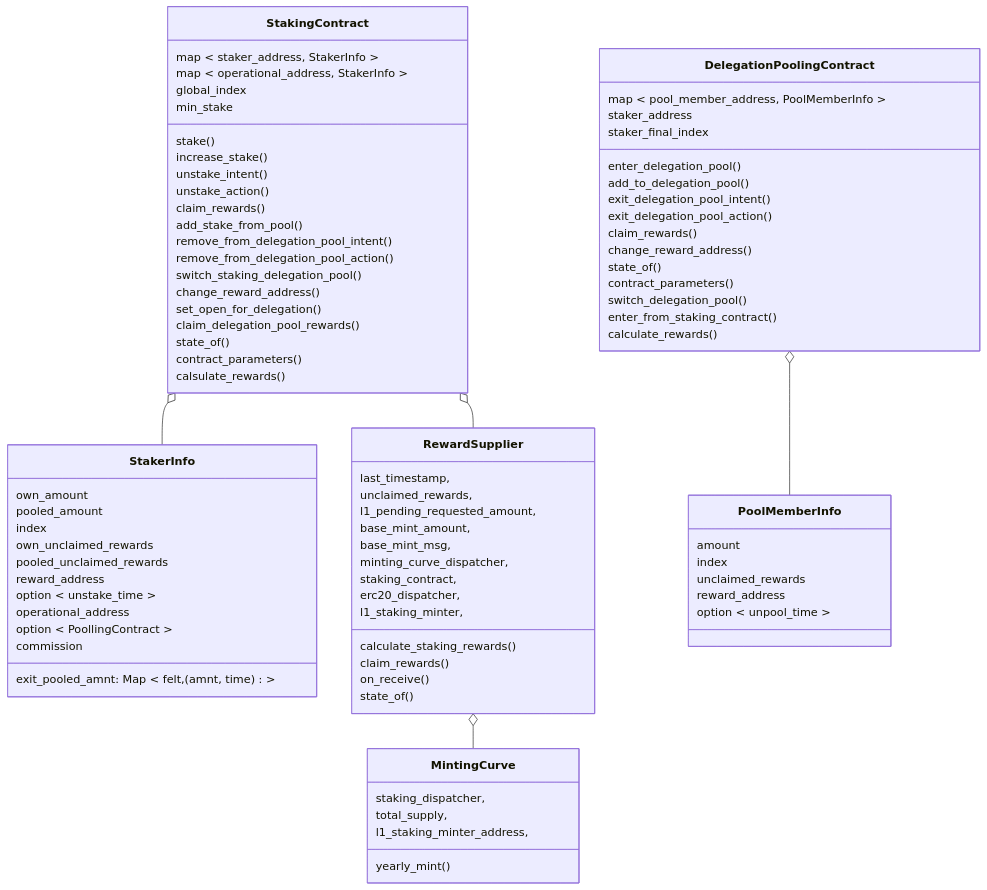
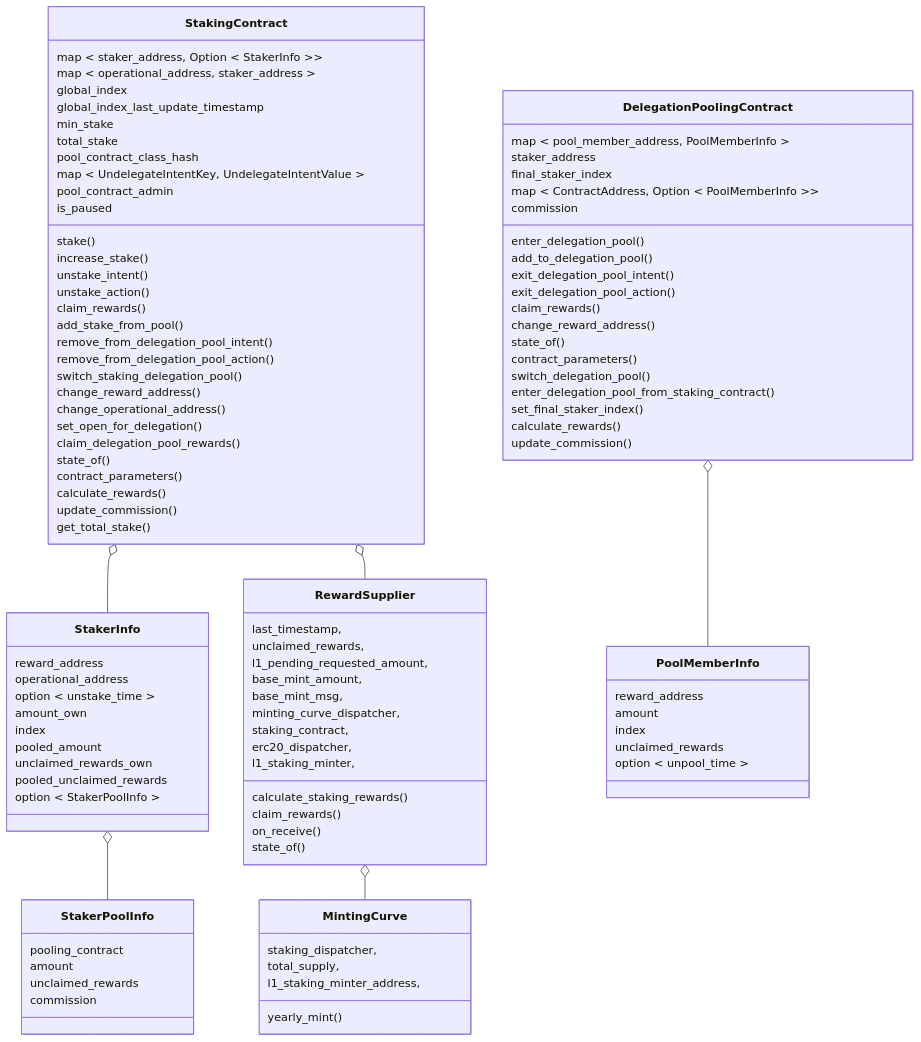
Before and after one commit to starkware-libs/starknet-staking: the first of 8 diagrams in workspace/apps/staking/docs/spec.md, drawn with Mermaid.

Commit message:
feat(staking): staking and pool diagram (#1690)

````diff
--- a/workspace/apps/staking/docs/spec.md
+++ b/workspace/apps/staking/docs/spec.md
@@ -124,10 +124,16 @@
 ```mermaid
 classDiagram
   class StakingContract{
-    map < staker_address, StakerInfo >
-    map < operational_address, StakerInfo >
+    map < staker_address, Option < StakerInfo >>
+    map < operational_address, staker_address >
     global_index
+    global_index_last_update_timestamp
     min_stake
+    total_stake
+    pool_contract_class_hash
+    map < UndelegateIntentKey, UndelegateIntentValue >
+    pool_contract_admin
+    is_paused
     stake()
     increase_stake()
     unstake_intent()
@@ -138,17 +144,22 @@
     remove_from_delegation_pool_action()
     switch_staking_delegation_pool()
     change_reward_address()
+    change_operational_address()
     set_open_for_delegation()
     claim_delegation_pool_rewards()
     state_of()
     contract_parameters()
-    calsulate_rewards()
+    calculate_rewards()
+    update_commission()
+    get_total_stake()
 
   }
   class DelegationPoolingContract{
     map < pool_member_address, PoolMemberInfo >
     staker_address
-    staker_final_index
+    final_staker_index
+    map < ContractAddress, Option < PoolMemberInfo >>
+    commission
     enter_delegation_pool()
     add_to_delegation_pool()
     exit_delegation_pool_intent()
@@ -158,27 +169,33 @@
     state_of()
     contract_parameters()
     switch_delegation_pool()
-    enter_from_staking_contract()
+    enter_delegation_pool_from_staking_contract()
+    set_final_staker_index()
     calculate_rewards()
+    update_commission()
   }
   class StakerInfo{
-    own_amount
+    reward_address
+    operational_address
+    option < unstake_time >
+    amount_own
+    index
     pooled_amount
-    index
-    own_unclaimed_rewards
+    unclaimed_rewards_own
     pooled_unclaimed_rewards
-    exit_pooled_amnt: Map < felt, (amnt, time) >
-    reward_address
-    option < unstake_time >
-    operational_address
-    option < PoollingContract >
+    option < StakerPoolInfo >
+  }
+  class StakerPoolInfo{
+    pooling_contract
+    amount
+    unclaimed_rewards
     commission
   }
   class PoolMemberInfo{
+    reward_address
     amount
     index
     unclaimed_rewards
-    reward_address
     option < unpool_time >
   }
   class RewardSupplier {
@@ -203,6 +220,7 @@
     yearly_mint()
   }
   StakingContract o-- StakerInfo
+  StakerInfo o-- StakerPoolInfo
   DelegationPoolingContract o-- PoolMemberInfo
   StakingContract o-- RewardSupplier
   RewardSupplier o-- MintingCurve
````
